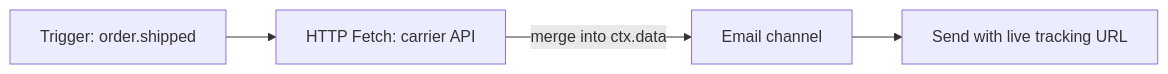
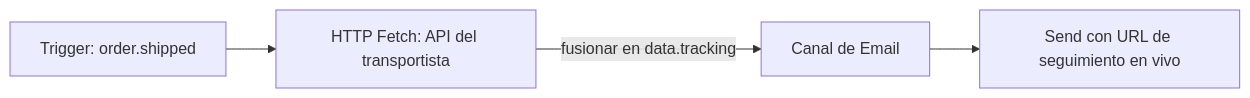
The diagram in content/docs/es/platform/features/http-fetch-node.mdx (KriyanshKhunt/nexus_docs), drawn with Mermaid before and after one commit. The commit also changed other lines of this file and 29 other files, not shown here.

````diff
--- a/content/docs/es/platform/features/http-fetch-node.mdx
+++ b/content/docs/es/platform/features/http-fetch-node.mdx
@@ -12,6 +20,6 @@
 ```mermaid
 flowchart LR
-  T[Trigger: order.shipped] --> F[HTTP Fetch: carrier API]
-  F -->|merge into ctx.data| E[Email channel]
-  E --> Out[Send with live tracking URL]
+  T[Trigger: order.shipped] --> F[HTTP Fetch: API del transportista]
+  F -->|fusionar en data.tracking| E[Canal de Email]
+  E --> Out[Send con URL de seguimiento en vivo]
 ```
````
